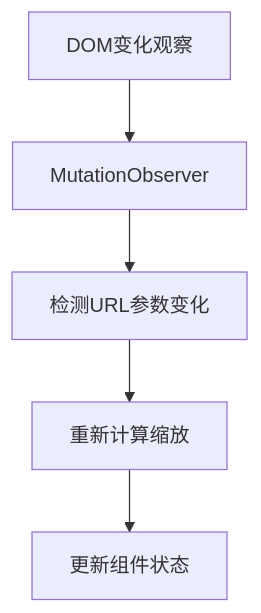
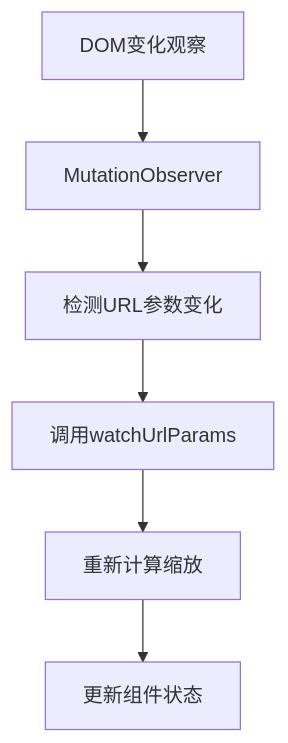
Before and after one commit to zhibo1997/government-dashboard: diagram 11 of 13 in .qoder/repowiki/zh/content/核心组件架构/响应式包装器.md, drawn with Mermaid. The commit also changed other lines of this file and 28 other files, not shown here.

````diff
--- a/.qoder/repowiki/zh/content/核心组件架构/响应式包装器.md
+++ b/.qoder/repowiki/zh/content/核心组件架构/响应式包装器.md
@@ -335,7 +383,8 @@
 ```mermaid
 graph TD
 A[DOM变化观察] --> B[MutationObserver]
 B --> C[检测URL参数变化]
-C --> D[重新计算缩放]
-D --> E[更新组件状态]
+C --> D[调用watchUrlParams]
+D --> E[重新计算缩放]
+E --> F[更新组件状态]
 ```
````
